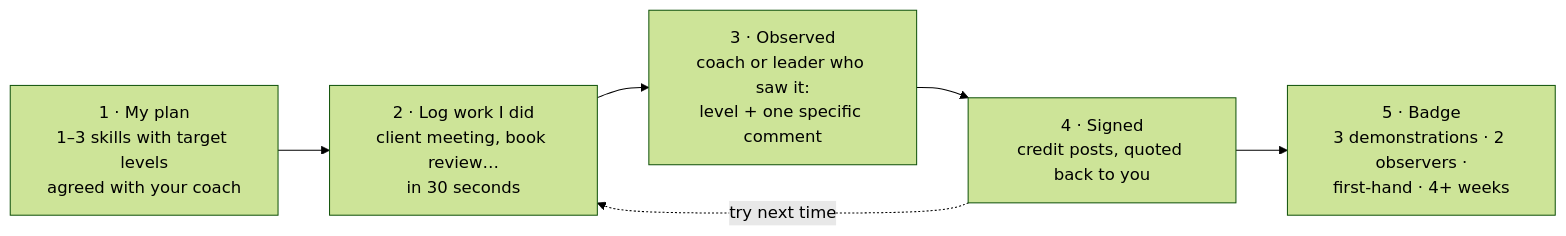
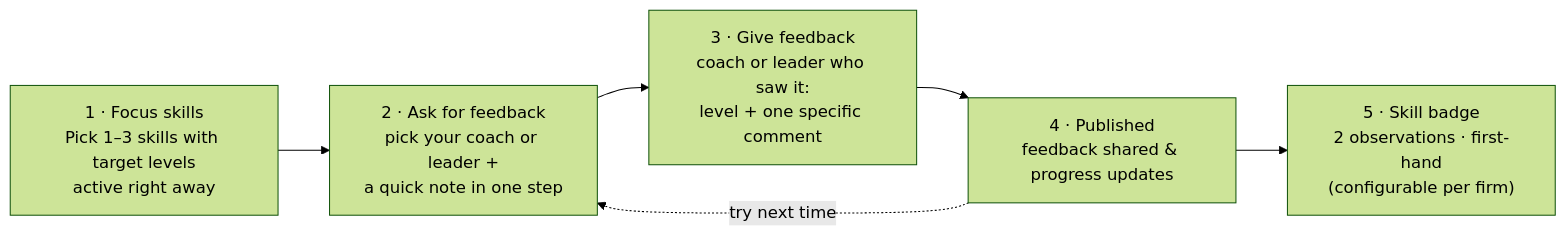
The second of 3 diagrams in docs/product/overview.md (brandonbryant12/project-x), drawn with Mermaid (forest theme) before and after one commit. The commit also changed other lines of this file and 10 other files, not shown here.

First line of the commit message:
refactor: tighten E2E type safety with Schema error guards, XState autosave, and Effect stack plan

````diff
--- a/docs/product/overview.md
+++ b/docs/product/overview.md
@@ -53,10 +53,10 @@
 ```mermaid
 flowchart LR
-  plan["1 · My plan<br/>1–3 skills with target levels<br/>agreed with your coach"]
-  work["2 · Log work I did<br/>client meeting, book review…<br/>in 30 seconds"]
-  observe["3 · Observed<br/>coach or leader who saw it:<br/>level + one specific comment"]
-  sign["4 · Signed<br/>credit posts, quoted back to you"]
-  badge["5 · Badge<br/>3 demonstrations · 2 observers ·<br/>first-hand · 4+ weeks"]
+  plan["1 · Focus skills<br/>Pick 1–3 skills with target levels<br/>active right away"]
+  work["2 · Ask for feedback<br/>pick your coach or leader +<br/>a quick note in one step"]
+  observe["3 · Give feedback<br/>coach or leader who saw it:<br/>level + one specific comment"]
+  sign["4 · Published<br/>feedback shared & progress updates"]
+  badge["5 · Skill badge<br/>2 observations · first-hand<br/>(configurable per firm)"]
   plan --> work --> observe --> sign --> badge
   sign -. "try next time" .-> work
 ```
````
